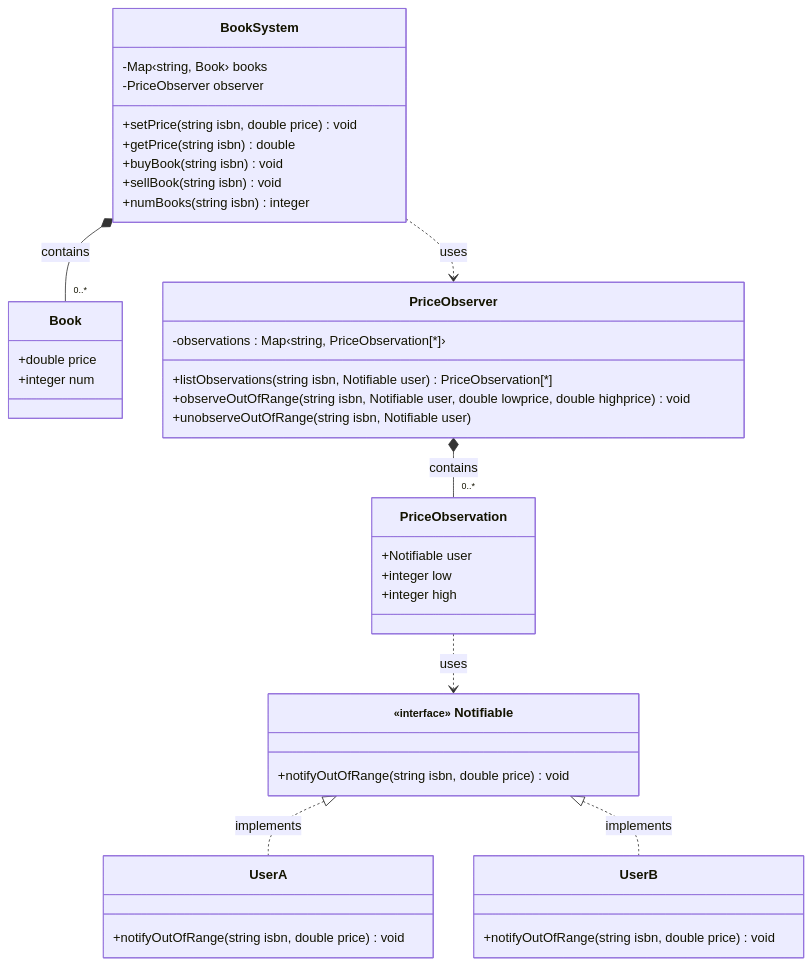
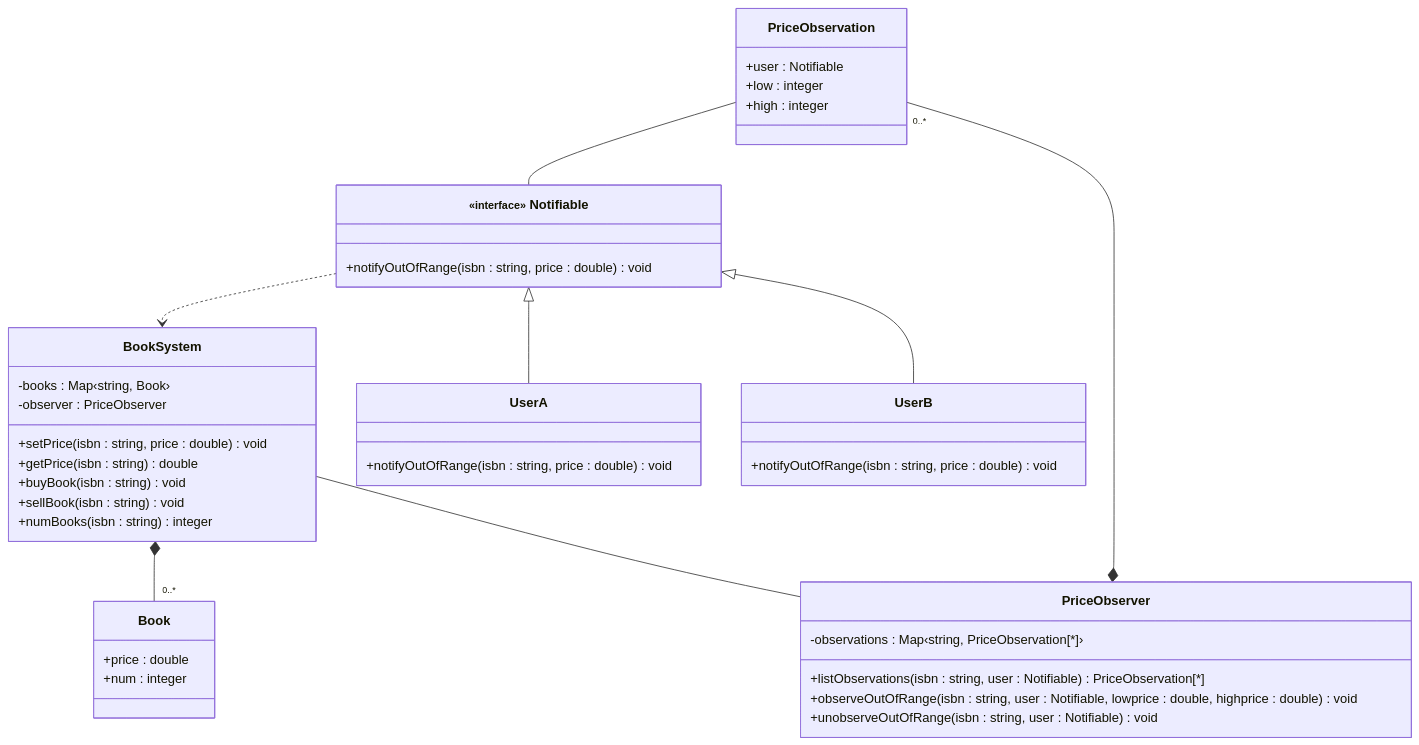
The first of 7 diagrams in assignments/hw1.md (hanggrian/IIT-CS586), drawn with Mermaid before and after one commit. The commit also changed other lines of this file and 6 other files, not shown here.

````diff
--- a/assignments/hw1.md
+++ b/assignments/hw1.md
@@ -103,43 +103,44 @@
 ```mermaid
 classDiagram
   class Book {
-    +double price
-    +integer num
+    +price : double
+    +num : integer
   }
   class PriceObservation {
-    +Notifiable user
-    +integer low
-    +integer high
+    +user : Notifiable
+    +low : integer
+    +high : integer
   }
   class BookSystem {
-    -Map&lsaquo;string, Book&rsaquo; books
-    -PriceObserver observer
-    +setPrice(string isbn, double price) void
-    +getPrice(string isbn) double
-    +buyBook(string isbn) void
-    +sellBook(string isbn) void
-    +numBooks(string isbn) integer
+    -books : Map&lsaquo;string, Book&rsaquo;
+    -observer : PriceObserver
+    +setPrice(isbn : string, price : double) void
+    +getPrice(isbn : string) double
+    +buyBook(isbn : string) void
+    +sellBook(isbn : string) void
+    +numBooks(isbn : string) integer
   }
   class PriceObserver {
     -observations : Map&lsaquo;string, PriceObservation[*]&rsaquo;
-    +listObservations(string isbn, Notifiable user) PriceObservation[*]
-    +observeOutOfRange(string isbn, Notifiable user, double lowprice, double highprice) void
-    +unobserveOutOfRange(string isbn, Notifiable user)
+    +listObservations(isbn : string, user : Notifiable) PriceObservation[*]
+    +observeOutOfRange(isbn : string, user : Notifiable, lowprice : double, highprice : double) void
+    +unobserveOutOfRange(isbn : string, user : Notifiable) void
   }
-  BookSystem *-- "0..*" Book : contains
-  BookSystem ..> PriceObserver : uses
-  PriceObserver *-- "0..*" PriceObservation : contains
+  BookSystem *-- "0..*" Book
+  BookSystem -- PriceObserver
+  PriceObserver *-- "0..*" PriceObservation
 
   class `<small>&laquo;interface&raquo;</small> Notifiable` {
-    +notifyOutOfRange(string isbn, double price) void
+    +notifyOutOfRange(isbn : string, price : double) void
   }
   class UserA {
-    +notifyOutOfRange(string isbn, double price) void
+    +notifyOutOfRange(isbn : string, price : double) void
   }
   class UserB {
-    +notifyOutOfRange(string isbn, double price) void
+    +notifyOutOfRange(isbn : string, price : double) void
   }
-  PriceObservation ..> `<small>&laquo;interface&raquo;</small> Notifiable` : uses
-  `<small>&laquo;interface&raquo;</small> Notifiable` <|.. UserA : implements
-  `<small>&laquo;interface&raquo;</small> Notifiable` <|.. UserB : implements
+  PriceObservation -- `<small>&laquo;interface&raquo;</small> Notifiable`
+  `<small>&laquo;interface&raquo;</small> Notifiable` <|-- UserA
+  `<small>&laquo;interface&raquo;</small> Notifiable` <|-- UserB
+  `<small>&laquo;interface&raquo;</small> Notifiable` ..> BookSystem
 ```
````
